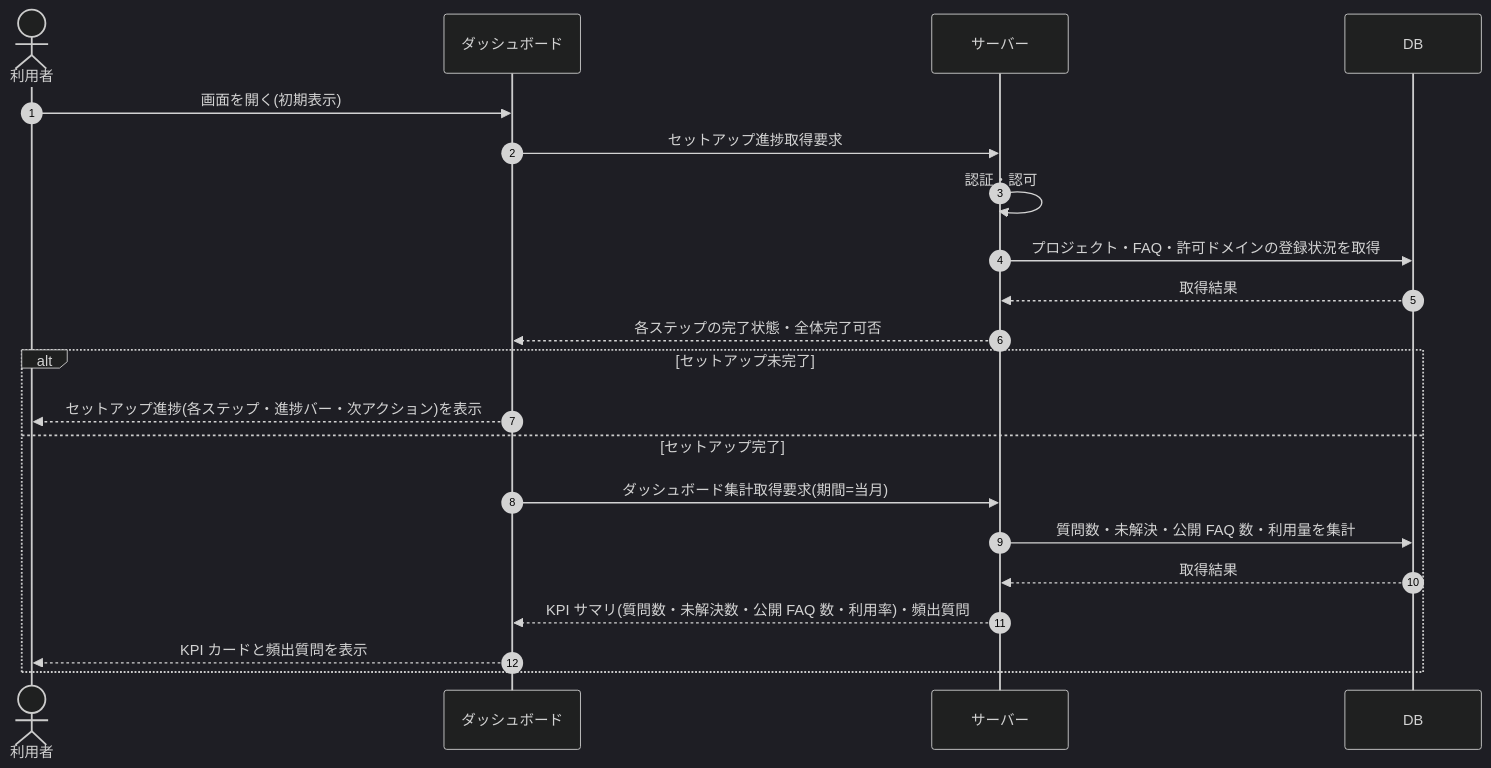
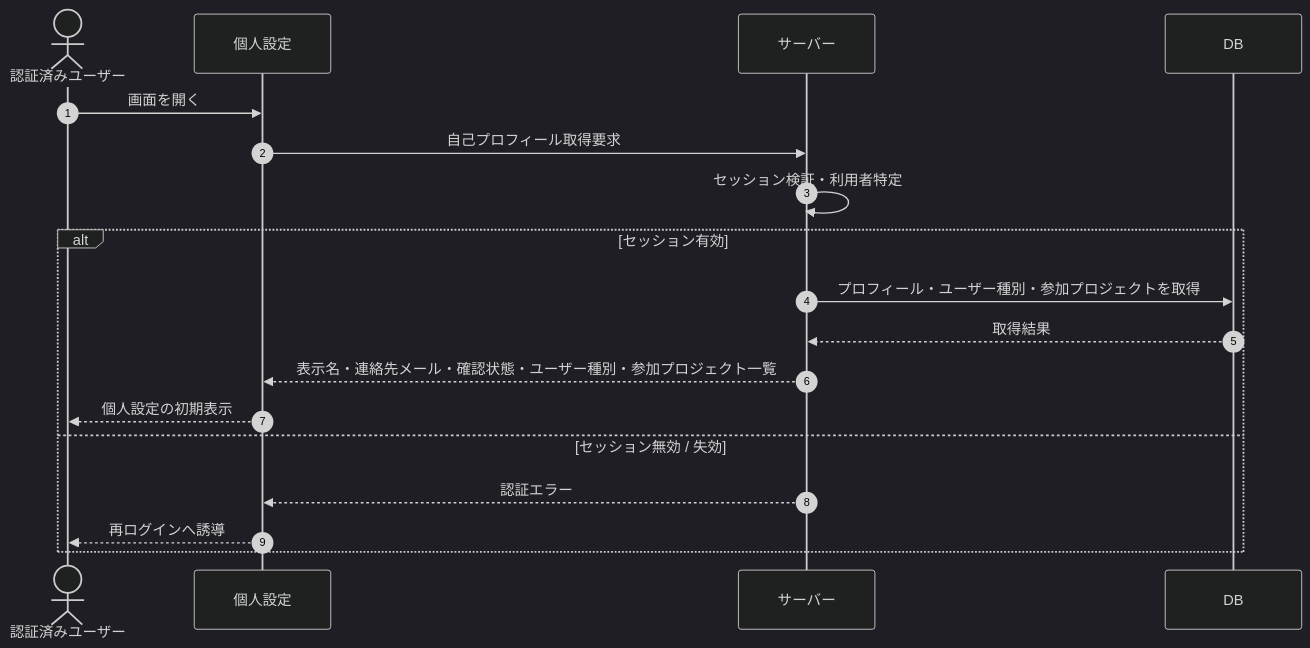
Before and after one commit to sikakou54/open-faq: the diagram in 02_basic_design/03_sequences/SEQ-119.md, drawn with Mermaid (dark theme). The commit also changed other lines of this file and 99 other files, not shown here.

````diff
--- a/02_basic_design/03_sequences/SEQ-119.md
+++ b/02_basic_design/03_sequences/SEQ-119.md
@@ -25,23 +25,20 @@
 ```mermaid
 sequenceDiagram
   autonumber
-  actor U as 利用者
-  participant Screen as ダッシュボード
+  actor U as 認証済みユーザー
+  participant Screen as 個人設定
   participant Server as サーバー
   participant DB as DB
-  U->>Screen: 画面を開く(初期表示)
-  Screen->>Server: セットアップ進捗取得要求
-  Server->>Server: 認証・認可
-  Server->>DB: プロジェクト・FAQ・許可ドメインの登録状況を取得
-  DB-->>Server: 取得結果
-  Server-->>Screen: 各ステップの完了状態・全体完了可否
-  alt セットアップ未完了
-    Screen-->>U: セットアップ進捗(各ステップ・進捗バー・次アクション)を表示
-  else セットアップ完了
-    Screen->>Server: ダッシュボード集計取得要求(期間=当月)
-    Server->>DB: 質問数・未解決・公開 FAQ 数・利用量を集計
+  U->>Screen: 画面を開く
+  Screen->>Server: 自己プロフィール取得要求
+  Server->>Server: セッション検証・利用者特定
+  alt セッション有効
+    Server->>DB: プロフィール・ユーザー種別・参加プロジェクトを取得
     DB-->>Server: 取得結果
-    Server-->>Screen: KPI サマリ(質問数・未解決数・公開 FAQ 数・利用率)・頻出質問
-    Screen-->>U: KPI カードと頻出質問を表示
+    Server-->>Screen: 表示名・連絡先メール・確認状態・ユーザー種別・参加プロジェクト一覧
+    Screen-->>U: 個人設定の初期表示
+  else セッション無効 / 失効
+    Server-->>Screen: 認証エラー
+    Screen-->>U: 再ログインへ誘導
   end
 ```
````
